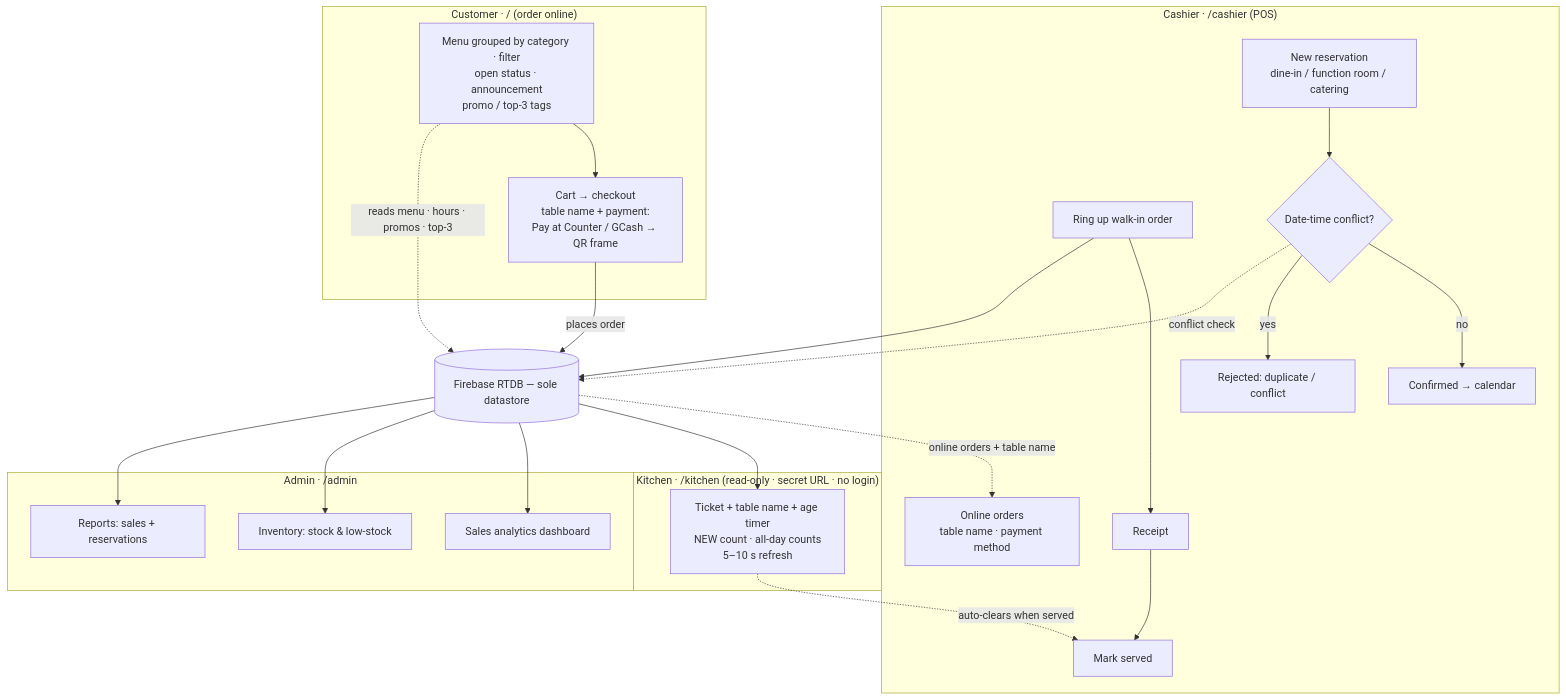
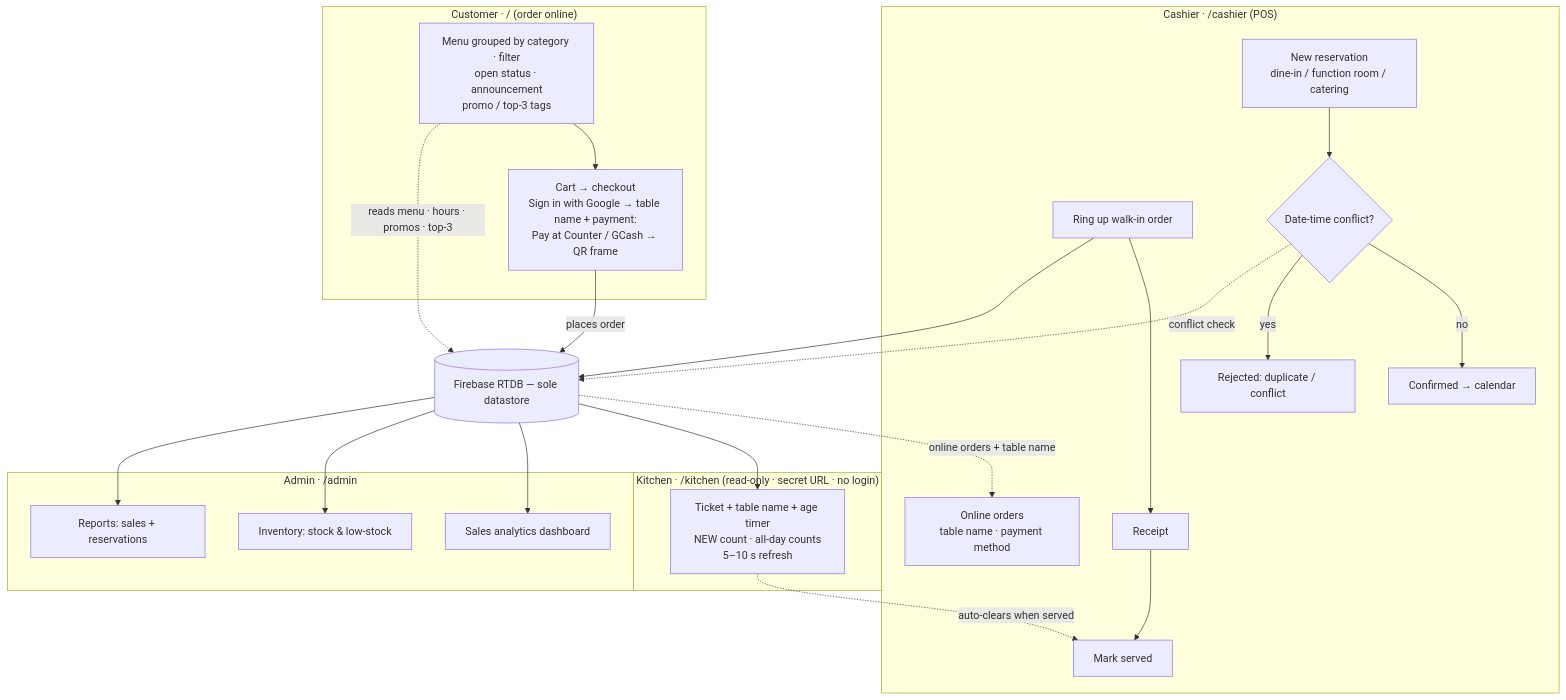
The diagram in README.md (S1NXIAN/CRNP), drawn with Mermaid before and after one commit. The commit also changed other lines of this file, not shown here.

First line of the commit message:
docs(plan): close customer auth — Sign in with Google via Socialite

````diff
--- a/README.md
+++ b/README.md
@@ -38,37 +38,37 @@
 ```mermaid
 flowchart TD
   DB[("Firebase RTDB — sole datastore")]
 
   subgraph CU["Customer · / (order online)"]
-    C1["Menu grouped by category · filter<br/>open status · announcement<br/>promo / top-3 tags"] --> C2["Cart → checkout<br/>table name + payment:<br/>Pay at Counter / GCash → QR frame"]
+    C1["Menu grouped by category · filter<br/>open status · announcement<br/>promo / top-3 tags"] --> C2["Cart → checkout<br/>Sign in with Google → table name + payment:<br/>Pay at Counter / GCash → QR frame"]
   end
 
   subgraph CA["Cashier · /cashier (POS)"]
     O1["Online orders<br/>table name · payment method"]
     P1["Ring up walk-in order"] --> P2["Receipt"] --> P3["Mark served"]
     R1["New reservation<br/>dine-in / function room / catering"] --> R2{"Date-time conflict?"}
     R2 -->|"no"| R3["Confirmed → calendar"]
     R2 -->|"yes"| R4["Rejected: duplicate / conflict"]
   end
 
   subgraph KI["Kitchen · /kitchen (read-only · secret URL · no login)"]
     K1["Ticket + table name + age timer<br/>NEW count · all-day counts<br/>5–10 s refresh"]
   end
 
   subgraph AD["Admin · /admin"]
     A1["Sales analytics dashboard"]
     A2["Inventory: stock & low-stock"]
     A3["Reports: sales + reservations"]
   end
 
   C1 -.->|"reads menu · hours · promos · top-3"| DB
   C2 -->|"places order"| DB
   DB -.->|"online orders + table name"| O1
   P1 --> DB
   R2 -.->|"conflict check"| DB
   DB --> K1
   K1 -.->|"auto-clears when served"| P3
   DB --> A1
   DB --> A2
   DB --> A3
 ```
````
